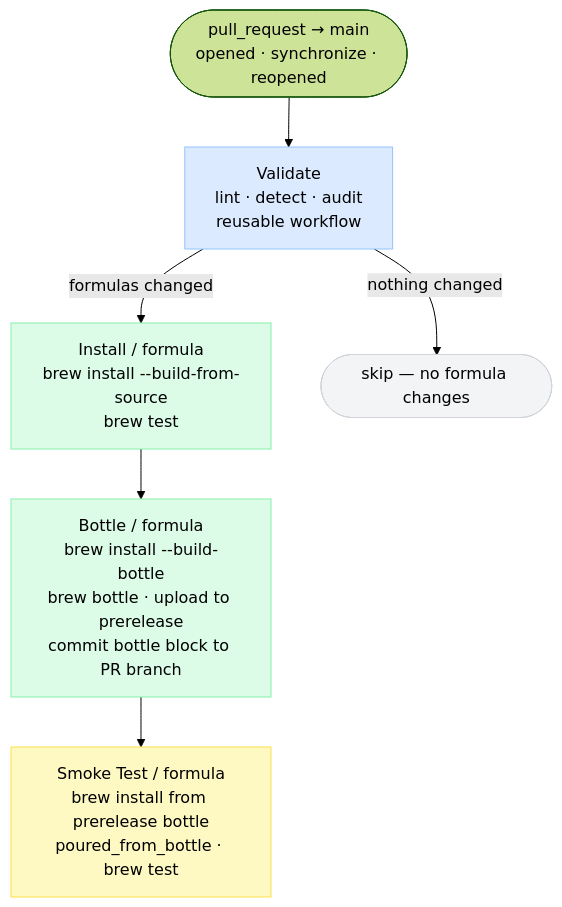
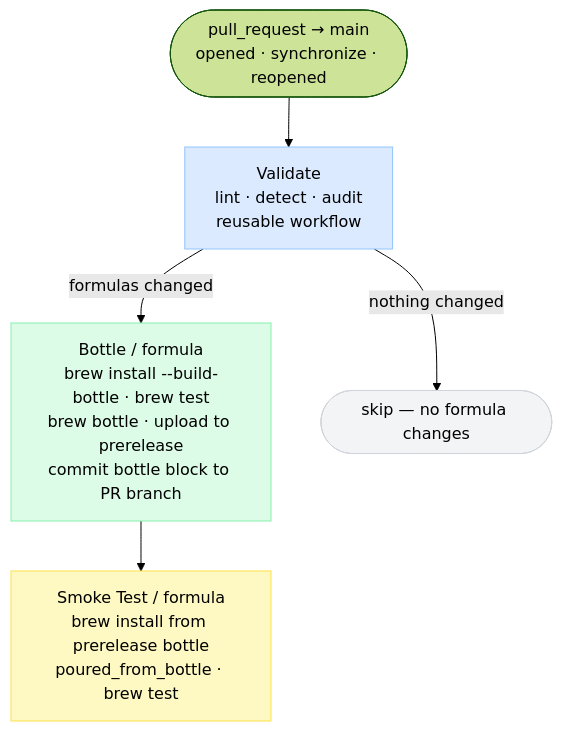
One commit to patrick204nqh/homebrew-tap changed the first of 4 diagrams in docs/architecture/diagrams/ci-pipelines.md. Above: the diagram before and after it, drawn with Mermaid (forest theme). The commit also changed 2 other files, not shown here.

Commit message:
ci: remove redundant install job, bottle job does the same install work
The Install / <formula> job ran brew install --build-from-source + brew test,
which is exactly what Bottle / <formula> already does via brew install
--build-bottle (same source build) + brew test. Dropping install saves a
parallel-matrix compile pass per PR (~30 min for two formulas).

Fail-fast for broken formulas now happens in the bottle job instead — that's
~30 min later, but avoids paying the compile cost twice on every green PR.

````diff
--- a/docs/architecture/diagrams/ci-pipelines.md
+++ b/docs/architecture/diagrams/ci-pipelines.md
@@ -8,22 +8,19 @@
 ```mermaid
 flowchart TD
     T([pull_request → main\nopened · synchronize · reopened])
 
     VALIDATE[Validate\nlint · detect · audit\nreusable workflow]
-    INSTALL[Install / formula\nbrew install --build-from-source\nbrew test]
-    BOTTLE[Bottle / formula\nbrew install --build-bottle\nbrew bottle · upload to prerelease\ncommit bottle block to PR branch]
+    BOTTLE[Bottle / formula\nbrew install --build-bottle · brew test\nbrew bottle · upload to prerelease\ncommit bottle block to PR branch]
     SMOKE[Smoke Test / formula\nbrew install from prerelease bottle\npoured_from_bottle · brew test]
     SKIP([skip — no formula changes])
 
     T --> VALIDATE
-    VALIDATE -->|formulas changed| INSTALL
+    VALIDATE -->|formulas changed| BOTTLE
     VALIDATE -->|nothing changed| SKIP
-    INSTALL --> BOTTLE
     BOTTLE --> SMOKE
 
     style VALIDATE fill:#dbeafe,stroke:#93c5fd
-    style INSTALL  fill:#dcfce7,stroke:#86efac
     style BOTTLE   fill:#dcfce7,stroke:#86efac
     style SMOKE    fill:#fef9c3,stroke:#fde047
     style SKIP     fill:#f3f4f6,stroke:#d1d5db
 ```
````
